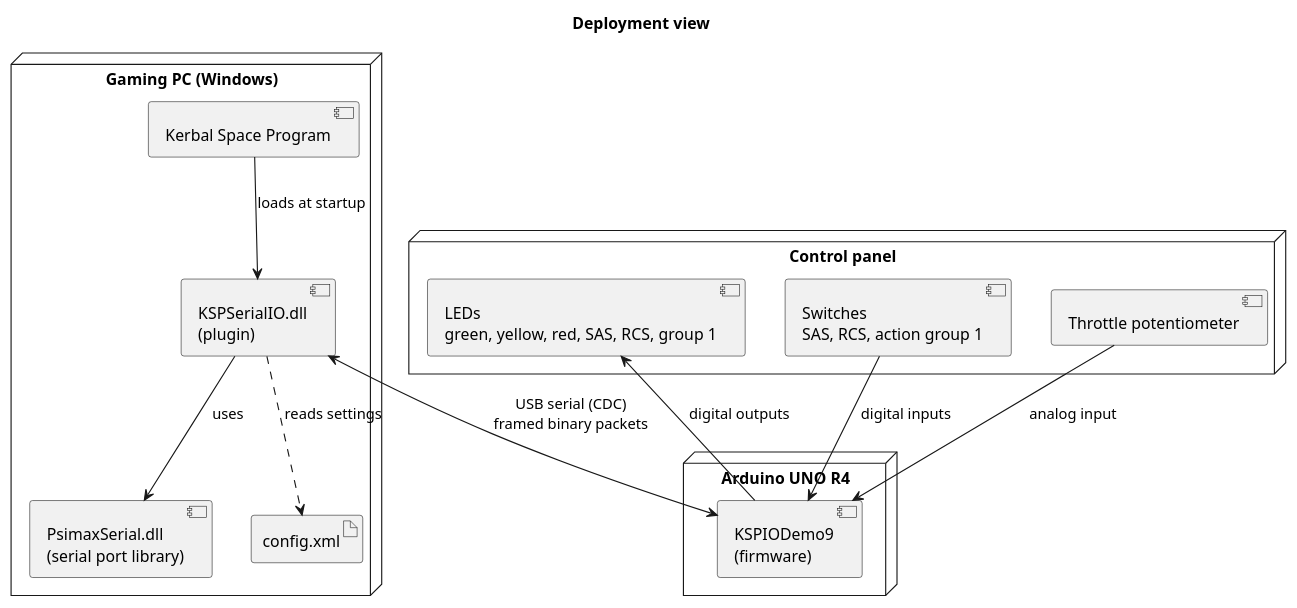
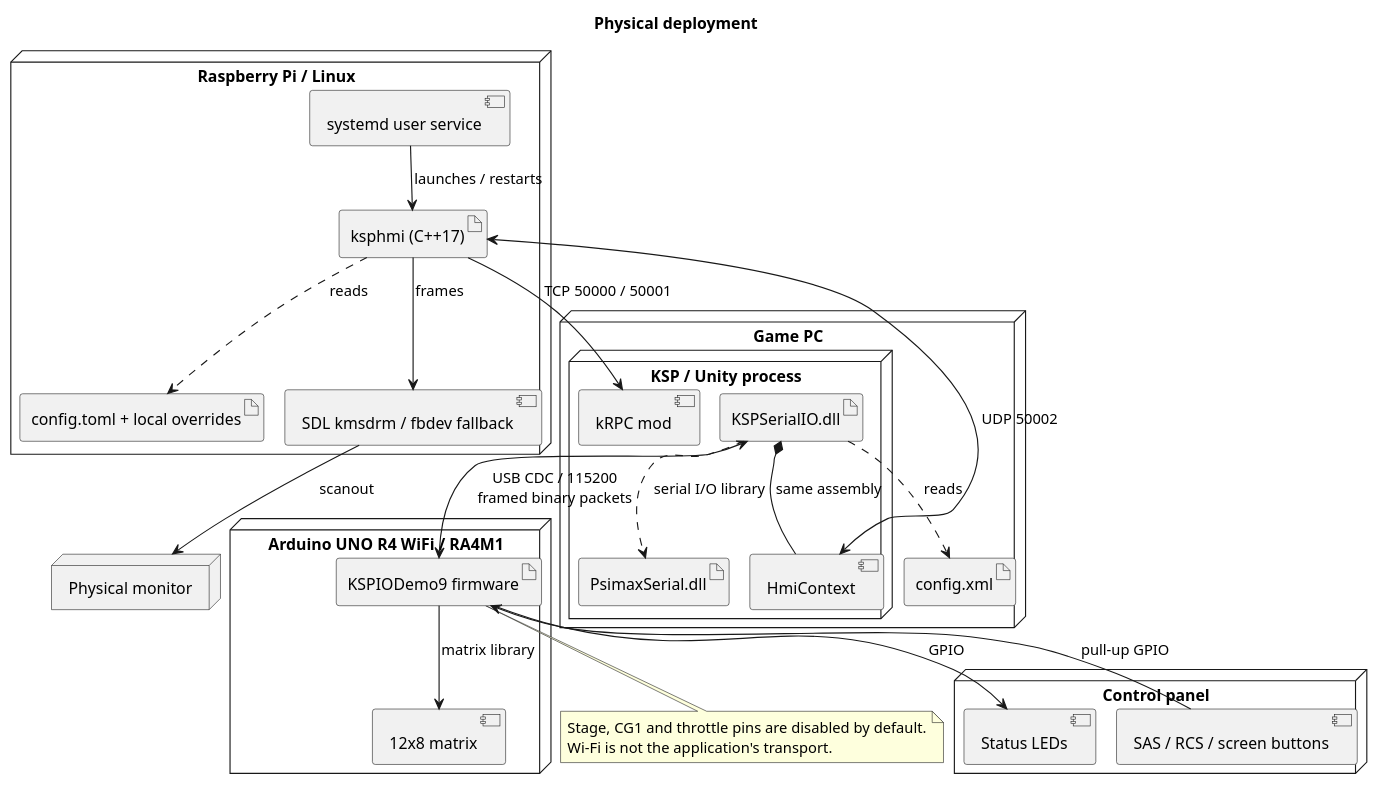
One commit to AlaNLrdE/KSPKontroller changed the diagram in docs/diagrams/deployment.puml. Above: the diagram before and after it, drawn with PlantUML. The commit also changed 43 other files, not shown here.

```diff
--- a/docs/diagrams/deployment.puml
+++ b/docs/diagrams/deployment.puml
@@ -1,28 +1,42 @@
 @startuml deployment
-title Deployment view
-
-node "Gaming PC (Windows)" as PC {
-  component "Kerbal Space Program" as KSP
-  component "KSPSerialIO.dll\n(plugin)" as Plugin
-  component "PsimaxSerial.dll\n(serial port library)" as Psimax
-  artifact "config.xml" as Cfg
+!pragma layout smetana
+title Physical deployment
+node "Game PC" {
+  node "KSP / Unity process" {
+    artifact "KSPSerialIO.dll" as Mod
+    artifact "PsimaxSerial.dll" as Serial
+    component "HmiContext" as Context
+    component "kRPC mod" as RPC
+  }
+  artifact "config.xml" as Config
 }
-
-node "Arduino UNO R4" as MCU {
-  component "KSPIODemo9\n(firmware)" as FW
+node "Arduino UNO R4 WiFi / RA4M1" {
+  artifact "KSPIODemo9 firmware" as FW
+  component "12x8 matrix" as Matrix
 }
-
-node "Control panel" as Panel {
-  component "Switches\nSAS, RCS, action group 1" as Switches
-  component "Throttle potentiometer" as Pot
-  component "LEDs\ngreen, yellow, red, SAS, RCS, group 1" as Leds
+node "Control panel" {
+  component "SAS / RCS / screen buttons" as Buttons
+  component "Status LEDs" as LEDs
 }
-
-KSP --> Plugin : loads at startup
-Plugin --> Psimax : uses
-Plugin ..> Cfg : reads settings
-Plugin <--> FW : USB serial (CDC)\nframed binary packets
-Switches --> FW : digital inputs
-Pot --> FW : analog input
-FW --> Leds : digital outputs
+node "Raspberry Pi / Linux" {
+  component "systemd user service" as Service
+  artifact "ksphmi (C++17)" as HMI
+  artifact "config.toml + local overrides" as PiCfg
+  component "SDL kmsdrm / fbdev fallback" as Output
+}
+node "Physical monitor" as Monitor
+Mod ..> Serial : serial I/O library
+Mod ..> Config : reads
+Mod *-- Context : same assembly
+Mod <--> FW : USB CDC / 115200\nframed binary packets
+Buttons --> FW : pull-up GPIO
+FW --> LEDs : GPIO
+FW --> Matrix : matrix library
+Service --> HMI : launches / restarts
+HMI ..> PiCfg : reads
+HMI --> RPC : TCP 50000 / 50001
+HMI <--> Context : UDP 50002
+HMI --> Output : frames
+Output --> Monitor : scanout
+note bottom of FW : Stage, CG1 and throttle pins are disabled by default.\nWi-Fi is not the application's transport.
 @enduml
```
